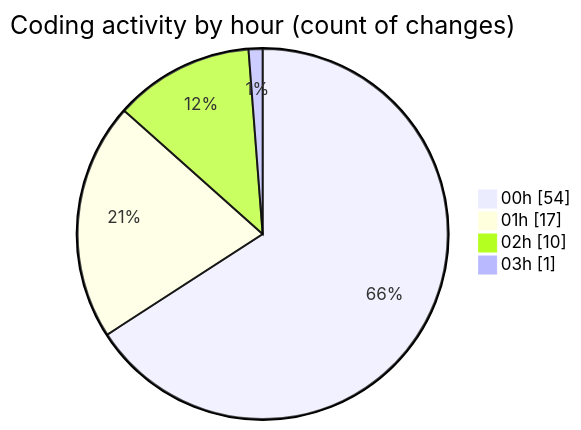
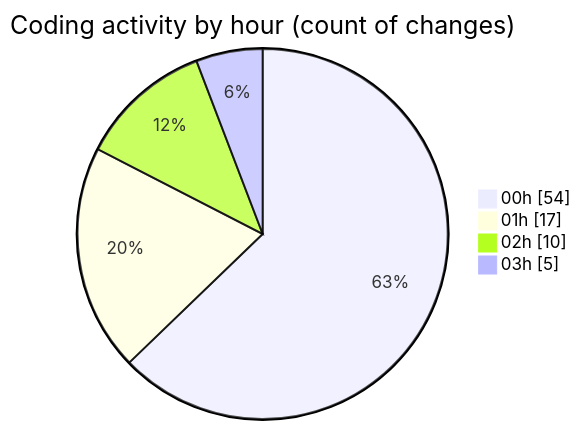
The second of 2 diagrams in 2025-07-26/quanlyrapchieuphim-1/README.md (lephambinh05/code-tracking), drawn with Mermaid before and after one commit. The commit also changed other lines of this file and 1 other file, not shown here.

````diff
--- a/2025-07-26/quanlyrapchieuphim-1/README.md
+++ b/2025-07-26/quanlyrapchieuphim-1/README.md
@@ -35,8 +35,8 @@
 ```mermaid
 pie showData
 title Coding activity by hour (count of changes)
 "00h" : 54
 "01h" : 17
 "02h" : 10
-"03h" : 1
+"03h" : 5
 ```
````
